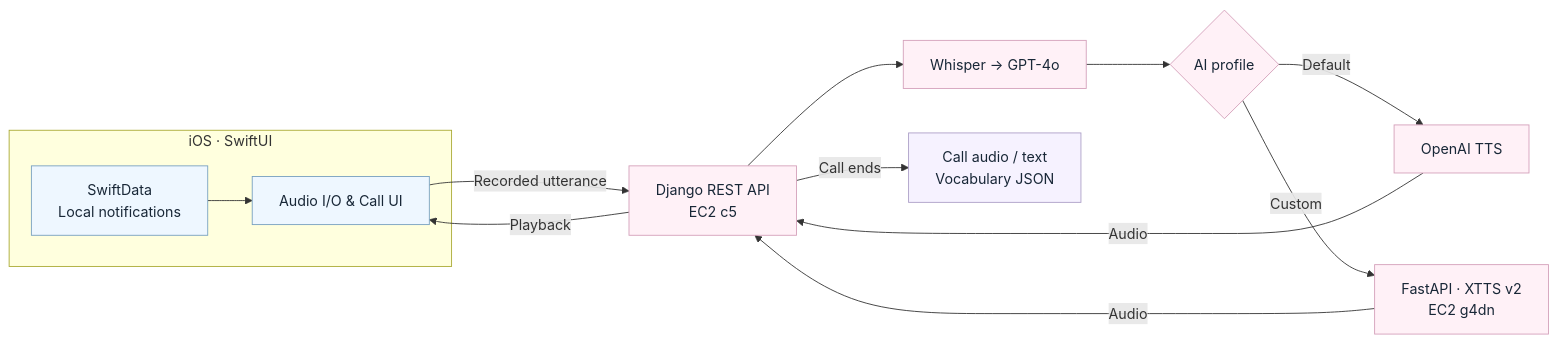
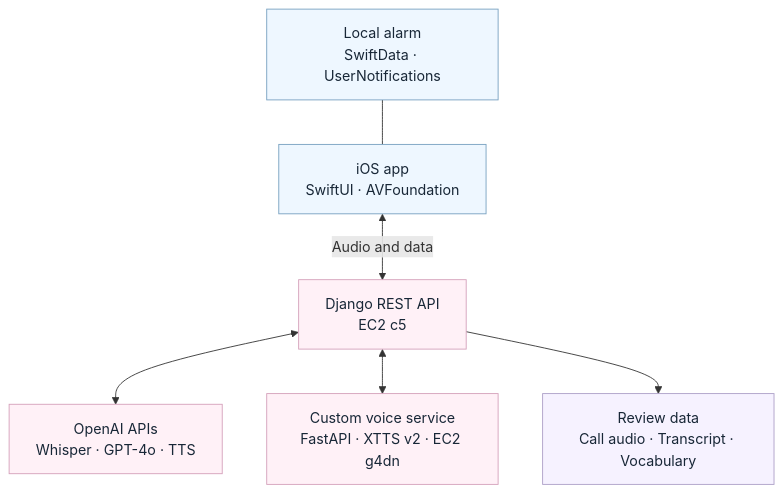
Before and after one commit to Wakie-Talkie/Wakie-Talkie: the diagram in README.md, drawn with Mermaid. The commit also changed other lines of this file, not shown here.

Commit message:
Improve overview diagram readability and feature labels

````diff
--- a/README.md
+++ b/README.md
@@ -72,28 +72,20 @@
 ```mermaid
-flowchart LR
-    subgraph Mobile["iOS · SwiftUI"]
-        App["Audio I/O & Call UI"]
-        Alarm["SwiftData<br/>Local notifications"]
-        Alarm --> App
-    end
+flowchart TB
+    App["iOS app<br/>SwiftUI · AVFoundation"]
+    Alarm["Local alarm<br/>SwiftData · UserNotifications"]
     API["Django REST API<br/>EC2 c5"]
-    STT["Whisper → GPT-4o"]
-    Voice{"AI profile"}
-    Standard["OpenAI TTS"]
-    Custom["FastAPI · XTTS v2<br/>EC2 g4dn"]
-    Store["Call audio / text<br/>Vocabulary JSON"]
-    App -->|Recorded utterance| API
-    API --> STT --> Voice
-    Voice -->|Default| Standard
-    Voice -->|Custom| Custom
-    Standard -->|Audio| API
-    Custom -->|Audio| API
-    API -->|Playback| App
-    API -->|Call ends| Store
+    AI["OpenAI APIs<br/>Whisper · GPT-4o · TTS"]
+    Custom["Custom voice service<br/>FastAPI · XTTS v2 · EC2 g4dn"]
+    Store["Review data<br/>Call audio · Transcript · Vocabulary"]
+    Alarm --- App
+    App <-->|Audio and data| API
+    API <--> AI
+    API <--> Custom
+    API --> Store
     classDef mobile fill:#eef7ff,stroke:#77a0c0,color:#182737
     classDef service fill:#fff1f7,stroke:#d4a0ba,color:#182737
     classDef data fill:#f6f2ff,stroke:#ac9fc7,color:#182737
     class App,Alarm mobile
-    class API,STT,Voice,Standard,Custom service
+    class API,AI,Custom service
     class Store data
 ```
````
